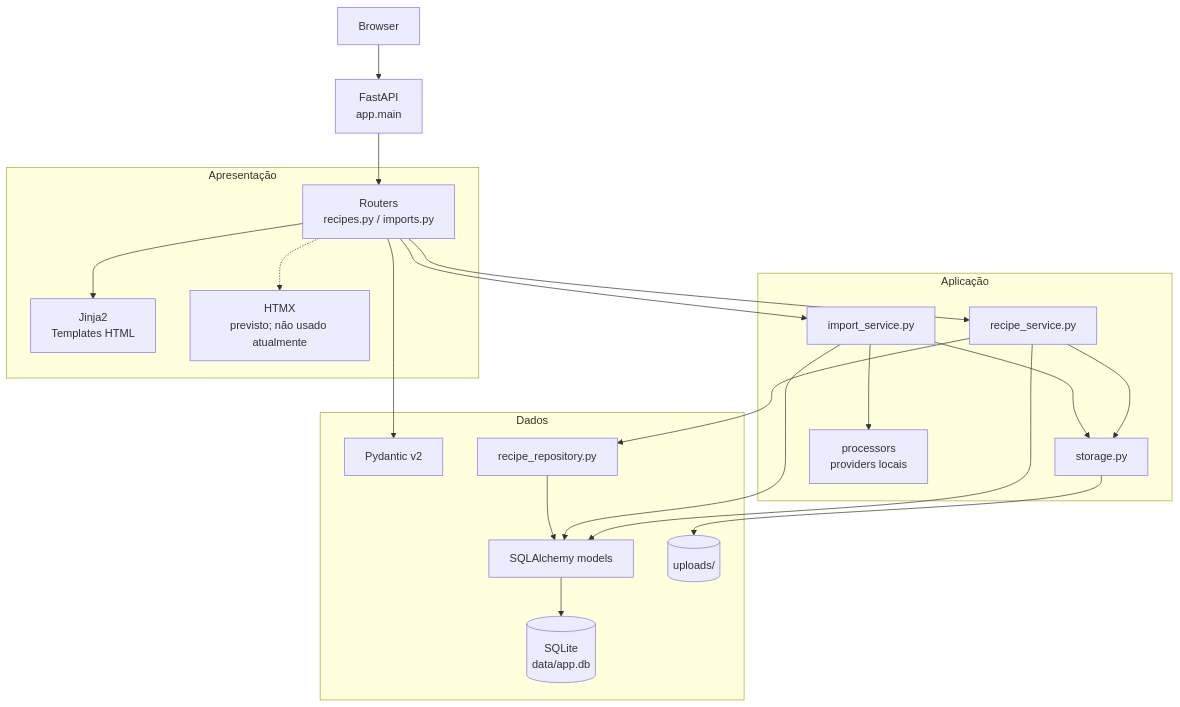
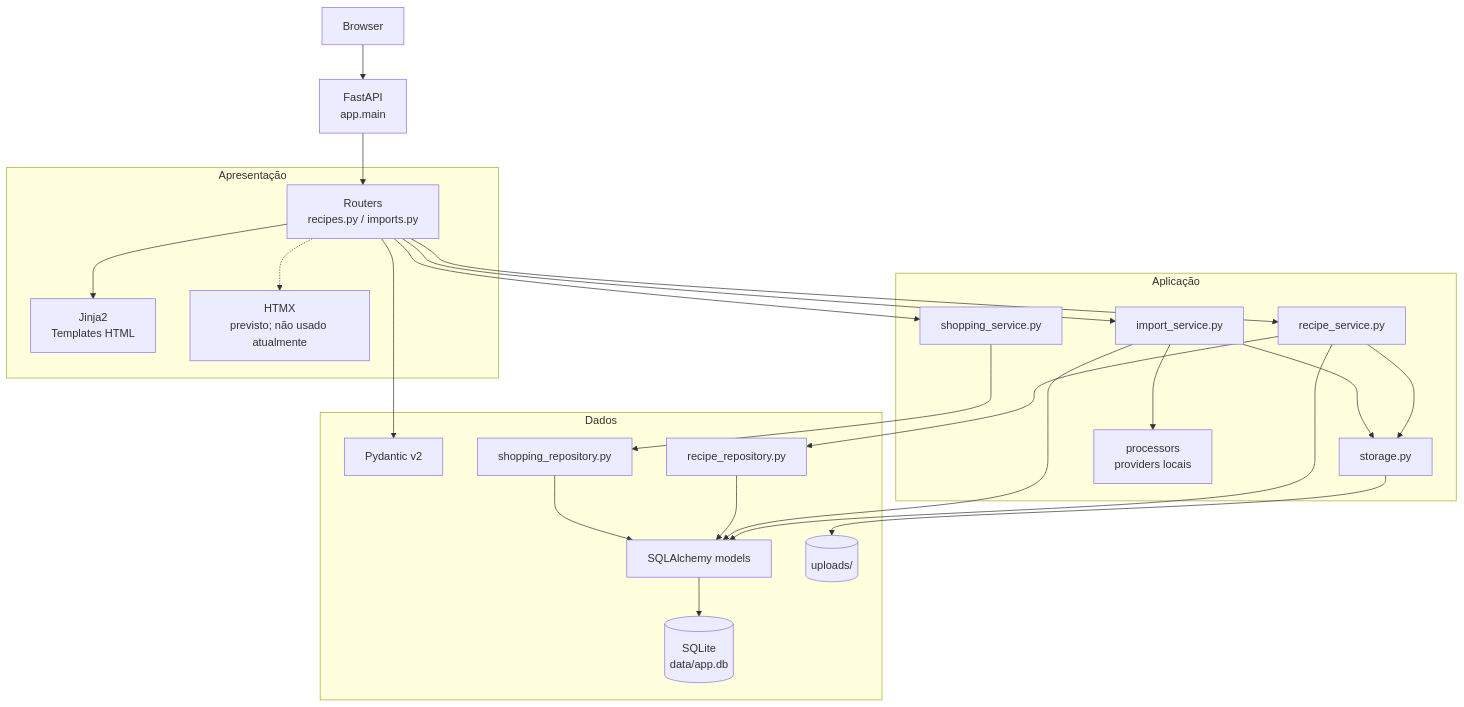
Before and after one commit to tscherubino/esp-t2-es-c4: the second of 9 diagrams in docs/ARCHITECTURE_DIAGRAMS.md, drawn with Mermaid. The commit also changed other lines of this file and 11 other files, not shown here.

````diff
--- a/docs/ARCHITECTURE_DIAGRAMS.md
+++ b/docs/ARCHITECTURE_DIAGRAMS.md
@@ -40,42 +42,47 @@
 ```mermaid
 flowchart TB
     Browser[Browser]
     FastAPI[FastAPI\napp.main]
 
     subgraph Presentation[Apresentação]
         Routers[Routers\nrecipes.py / imports.py]
         Templates[Jinja2\nTemplates HTML]
         HTMX[HTMX\nprevisto; não usado atualmente]
     end
 
     subgraph Application[Aplicação]
         RecipeService[recipe_service.py]
         ImportService[import_service.py]
+        ShoppingService[shopping_service.py]
         Storage[storage.py]
         Providers[processors\nproviders locais]
     end
 
     subgraph Data[Dados]
         Schemas[Pydantic v2]
         Models[SQLAlchemy models]
         Repository[recipe_repository.py]
+        ShoppingRepository[shopping_repository.py]
         SQLite[(SQLite\ndata/app.db)]
         Uploads[(uploads/)]
     end
 
     Browser --> FastAPI --> Routers
     Routers --> Schemas
     Routers --> Templates
     Routers --> RecipeService
     Routers --> ImportService
+    Routers --> ShoppingService
     Routers -.-> HTMX
     RecipeService --> Repository
     RecipeService --> Models
     RecipeService --> Storage
     ImportService --> Providers
     ImportService --> Models
     ImportService --> Storage
+    ShoppingService --> ShoppingRepository
     Repository --> Models
+    ShoppingRepository --> Models
     Models --> SQLite
     Storage --> Uploads
 ```
````
